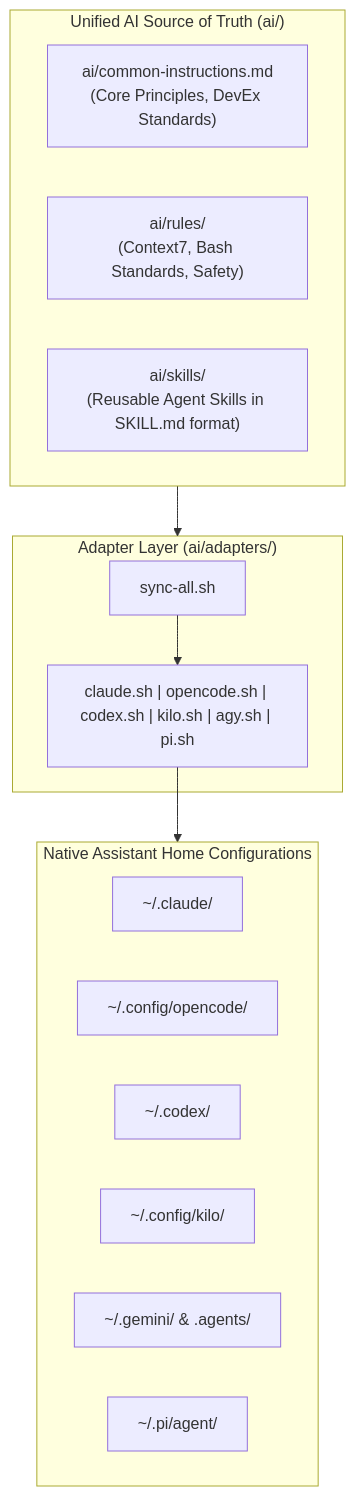
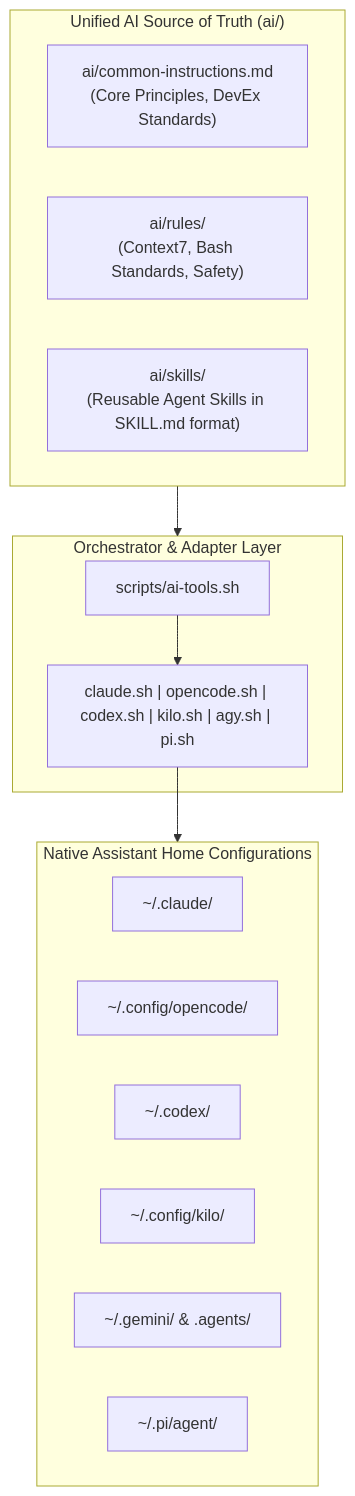
Before and after one commit to nmenag/dotfiles: the seventh of 7 diagrams in docs/architecture.md, drawn with Mermaid. The commit also changed 4 other files, not shown here.

````diff
--- a/docs/architecture.md
+++ b/docs/architecture.md
@@ -320,26 +320,26 @@
 ```mermaid
 graph TD
     subgraph CanonicalCore["Unified AI Source of Truth (ai/)"]
         Common["ai/common-instructions.md<br/>(Core Principles, DevEx Standards)"]
         Rules["ai/rules/<br/>(Context7, Bash Standards, Safety)"]
         Skills["ai/skills/<br/>(Reusable Agent Skills in SKILL.md format)"]
     end
 
-    subgraph AdaptersLayer["Adapter Layer (ai/adapters/)"]
-        SyncAll["sync-all.sh"]
+    subgraph AdaptersLayer["Orchestrator & Adapter Layer"]
+        AiTools["scripts/ai-tools.sh"]
         Adapters["claude.sh | opencode.sh | codex.sh | kilo.sh | agy.sh | pi.sh"]
     end
 
     subgraph NativeTargets["Native Assistant Home Configurations"]
         Claude["~/.claude/"]
         OpenCode["~/.config/opencode/"]
         Codex["~/.codex/"]
         Kilo["~/.config/kilo/"]
         Agy["~/.gemini/ & .agents/"]
         Pi["~/.pi/agent/"]
     end
 
     CanonicalCore --> AdaptersLayer
-    SyncAll --> Adapters
+    AiTools --> Adapters
     Adapters --> NativeTargets
 ```
````
